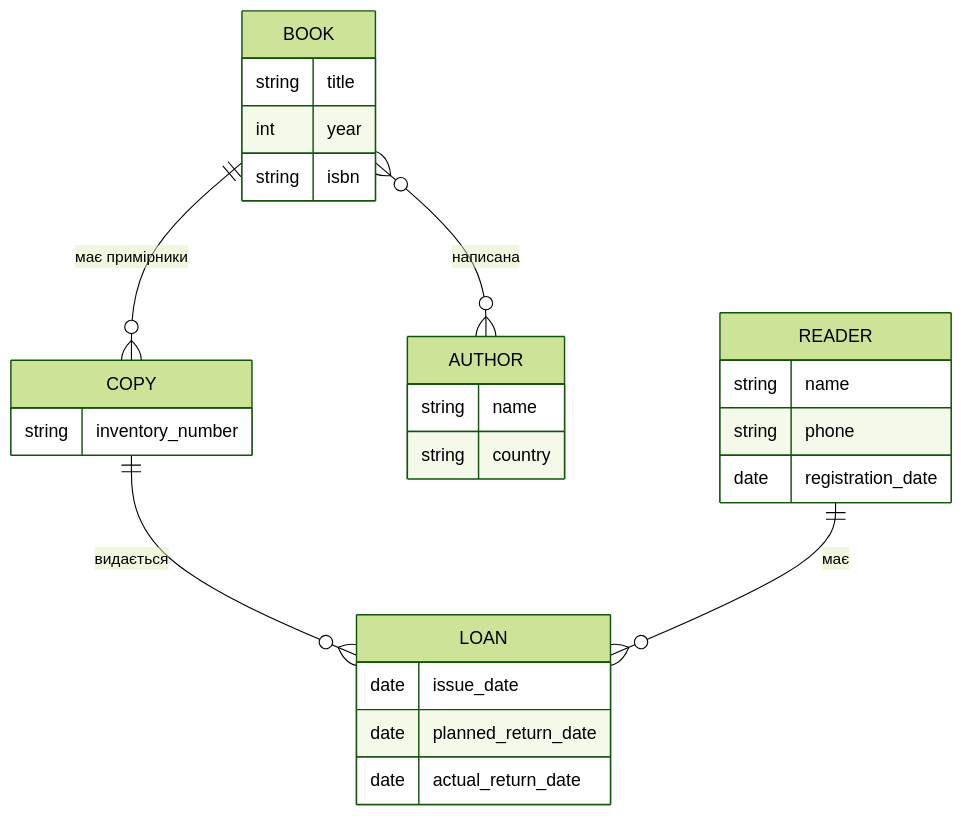
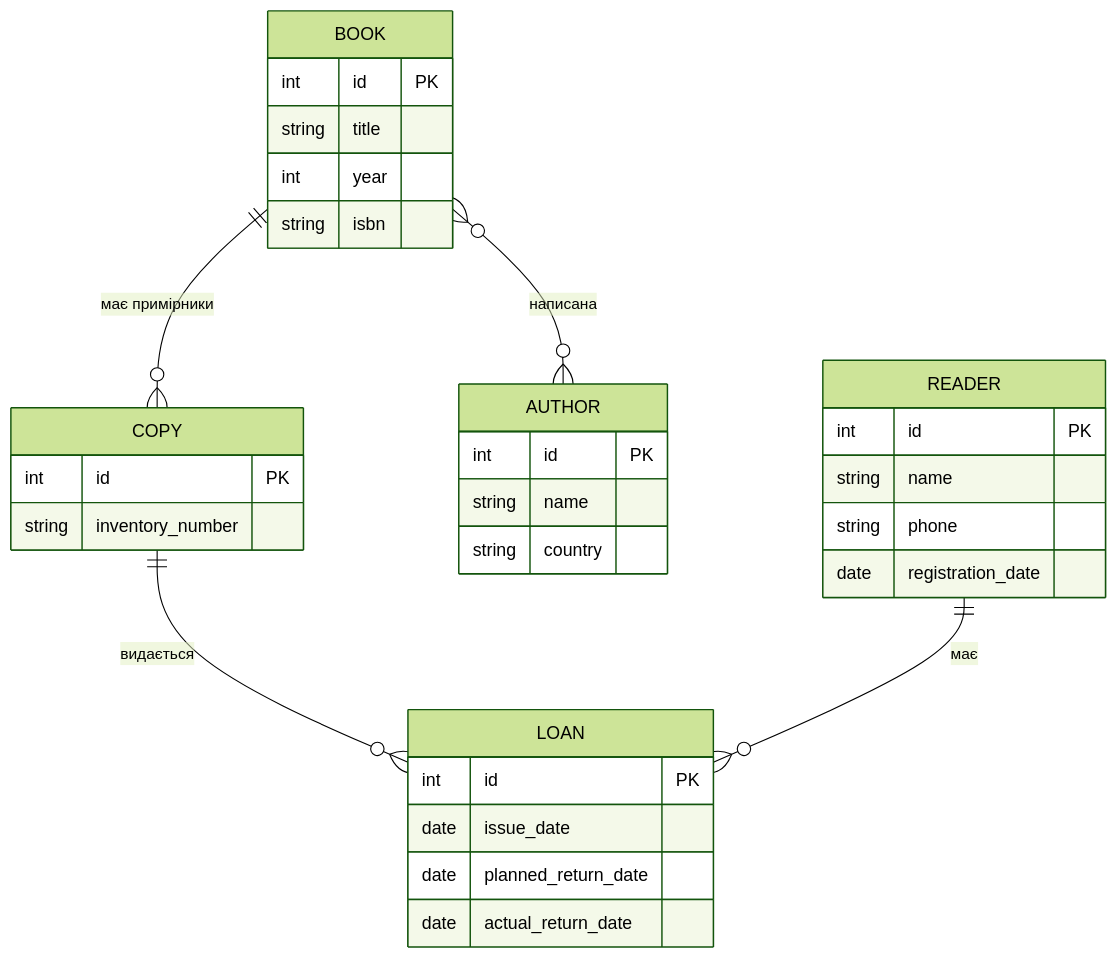
Before and after one commit to at3128/labs-programming: the diagram in lab1/er-diagram.md, drawn with Mermaid (forest theme). The commit also changed 1 other file, not shown here.

Commit message:
Add ids to spec and diagram

````diff
--- a/lab1/er-diagram.md
+++ b/lab1/er-diagram.md
@@ -1,30 +1,35 @@
 ```mermaid
 erDiagram
     BOOK {
+        int id PK
         string title
         int year
         string isbn
     }
     COPY {
+        int id PK
         string inventory_number
     }
     AUTHOR {
+        int id PK
         string name
         string country
     }
     READER {
+        int id PK
         string name
         string phone
         date registration_date
     }
     LOAN {
+        int id PK
         date issue_date
         date planned_return_date
         date actual_return_date
     }
 
     BOOK }o--o{ AUTHOR : "написана"
     BOOK ||--o{ COPY : "має примірники"
     COPY ||--o{ LOAN : "видається"
     READER ||--o{ LOAN : "має"
 ```
````
